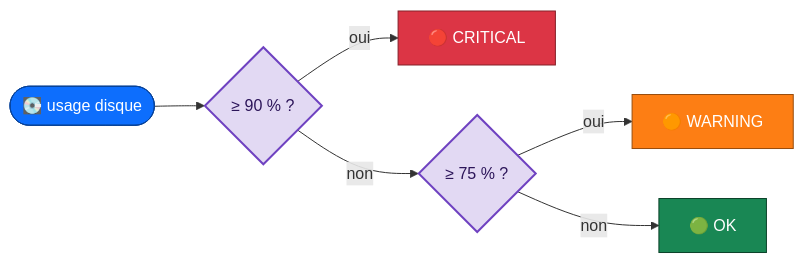
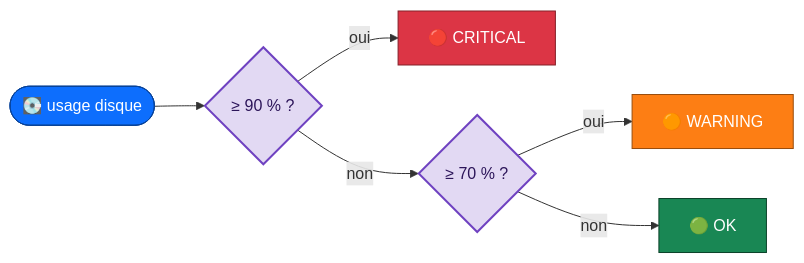
The second of 4 diagrams in S03/README.md (hajjiBel/docaposte_python), drawn with Mermaid before and after one commit. The commit also changed other lines of this file and 3 other files, not shown here.

````diff
--- a/S03/README.md
+++ b/S03/README.md
@@ -29,14 +78,14 @@
 ```mermaid
 flowchart LR
     U(["💽 usage disque"]):::start --> C1{"≥ 90 % ?"}:::cond
     C1 -- oui --> R1["🔴 CRITICAL"]:::crit
-    C1 -- non --> C2{"≥ 75 % ?"}:::cond
+    C1 -- non --> C2{"≥ 70 % ?"}:::cond
     C2 -- oui --> R2["🟠 WARNING"]:::warn
     C2 -- non --> R3["🟢 OK"]:::ok
 
     classDef start fill:#0d6efd,color:#fff,stroke:#084298
     classDef cond fill:#e2d9f3,color:#2c1559,stroke:#6f42c1,stroke-width:2px
     classDef crit fill:#dc3545,color:#fff,stroke:#842029
     classDef warn fill:#fd7e14,color:#fff,stroke:#984c0c
     classDef ok fill:#198754,color:#fff,stroke:#0b4229
 ```
````
